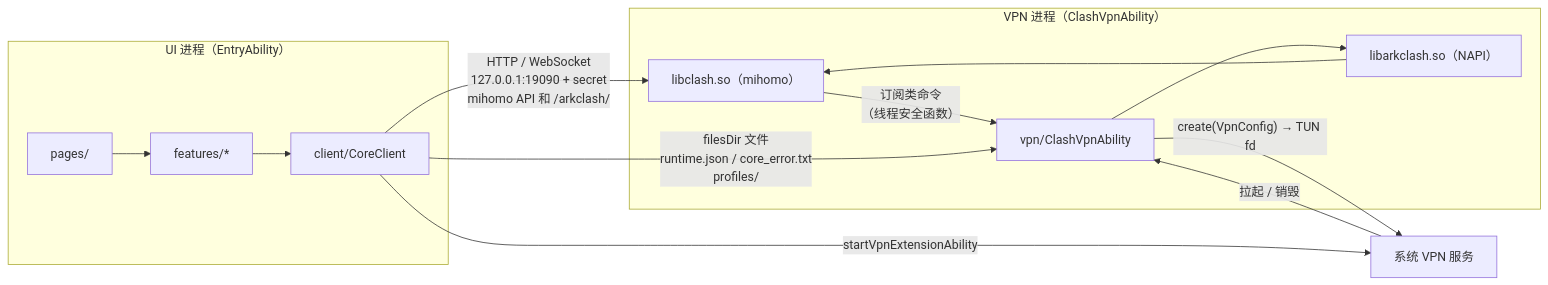
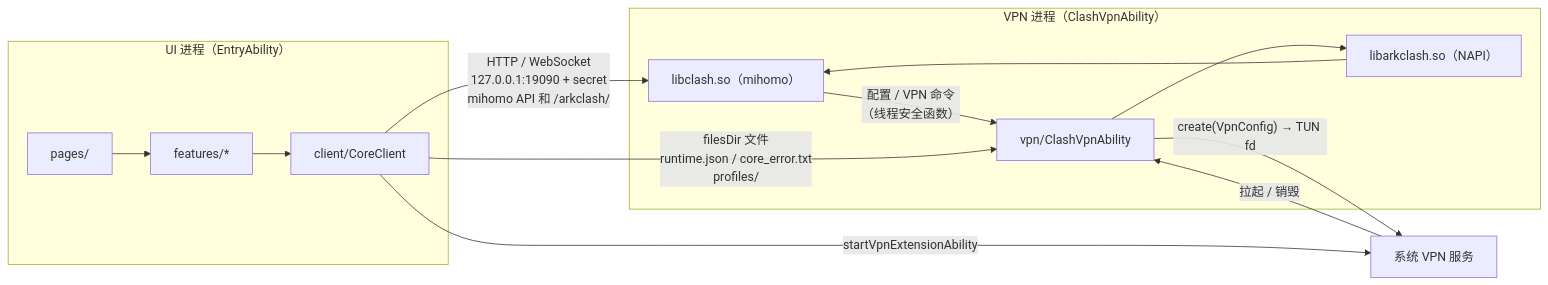
Before and after one commit to VOD-Studio/ArkClash: the first of 2 diagrams in docs/architecture.md, drawn with Mermaid. The commit also changed other lines of this file and 59 other files, not shown here.

Commit message:
feat: prewarm core independently of VPN forwarding

````diff
--- a/docs/architecture.md
+++ b/docs/architecture.md
@@ -7,18 +7,18 @@
 ```mermaid
 flowchart LR
   subgraph UI["UI 进程（EntryAbility）"]
     pages["pages/"] --> features["features/*"]
     features --> client["client/CoreClient"]
   end
   subgraph VPN["VPN 进程（ClashVpnAbility）"]
     ability["vpn/ClashVpnAbility"] --> bridge["libarkclash.so（NAPI）"]
     bridge --> core["libclash.so（mihomo）"]
-    core -- "订阅类命令<br/>（线程安全函数）" --> ability
+    core -- "配置 / VPN 命令<br/>（线程安全函数）" --> ability
   end
   sys["系统 VPN 服务"]
   client -- "HTTP / WebSocket<br/>127.0.0.1:19090 + secret<br/>mihomo API 和 /arkclash/" --> core
   client -- "filesDir 文件<br/>runtime.json / core_error.txt<br/>profiles/" --> ability
   client -- "startVpnExtensionAbility" --> sys
   sys -- "拉起 / 销毁" --> ability
   ability -- "create(VpnConfig) → TUN fd" --> sys
 ```
````
